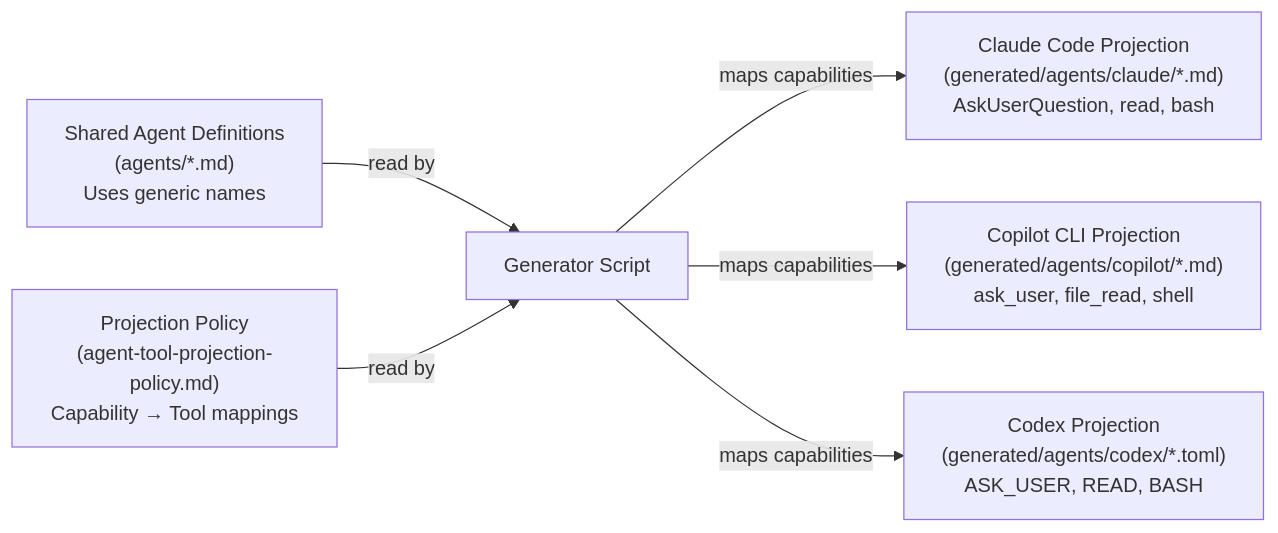
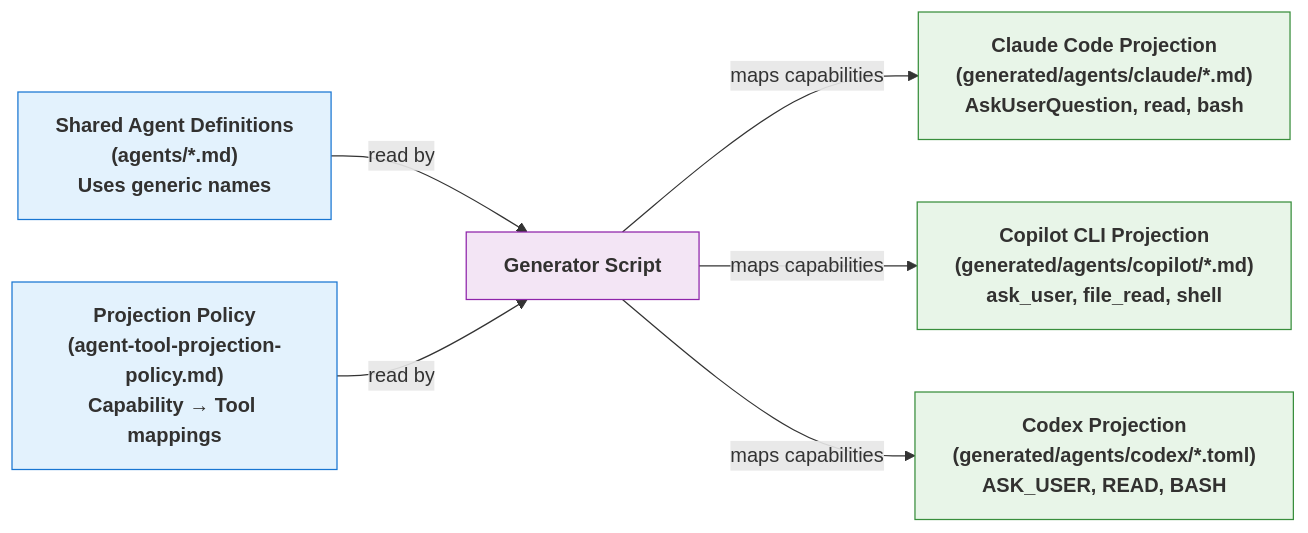
The third of 6 diagrams in docs/projection-layer-readme.md (russell-laing/al-dev-shared), drawn with Mermaid before and after one commit. The commit also changed other lines of this file, not shown here.

First line of the commit message:
docs: standardize mermaid diagram color palette

````diff
--- a/docs/projection-layer-readme.md
+++ b/docs/projection-layer-readme.md
@@ -268,8 +288,19 @@
 ```mermaid
 graph LR
     A["Shared Agent Definitions<br/>(agents/*.md)<br/>Uses generic names"] -->|read by| B["Generator Script"]
     C["Projection Policy<br/>(agent-tool-projection-policy.md)<br/>Capability → Tool mappings"] -->|read by| B
     B -->|maps capabilities| D["Claude Code Projection<br/>(generated/agents/claude/*.md)<br/>AskUserQuestion, read, bash"]
     B -->|maps capabilities| E["Copilot CLI Projection<br/>(generated/agents/copilot/*.md)<br/>ask_user, file_read, shell"]
     B -->|maps capabilities| F["Codex Projection<br/>(generated/agents/codex/*.toml)<br/>ASK_USER, READ, BASH"]
+
+    classDef input fill:#e3f2fd,stroke:#1976d2,color:#323130,font-weight:bold
+    classDef process fill:#f3e5f5,stroke:#8e24aa,color:#323130,font-weight:bold
+    classDef output fill:#e8f5e8,stroke:#388e3c,color:#323130,font-weight:bold
+
+    class A input
+    class C input
+    class B process
+    class D output
+    class E output
+    class F output
 ```
````
